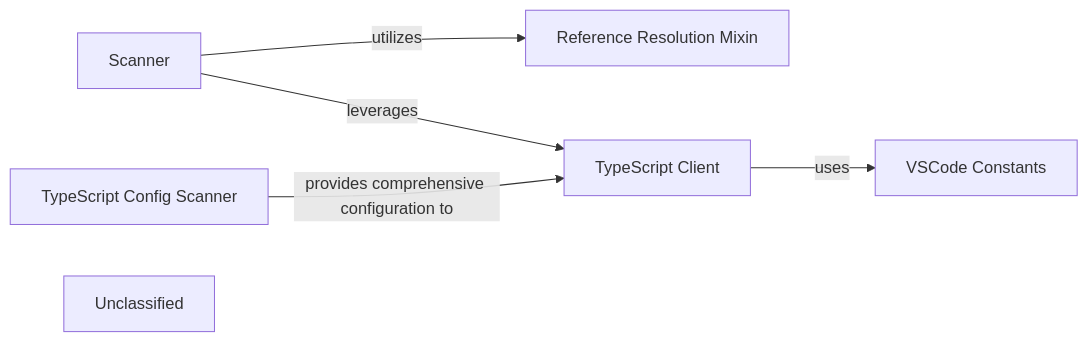
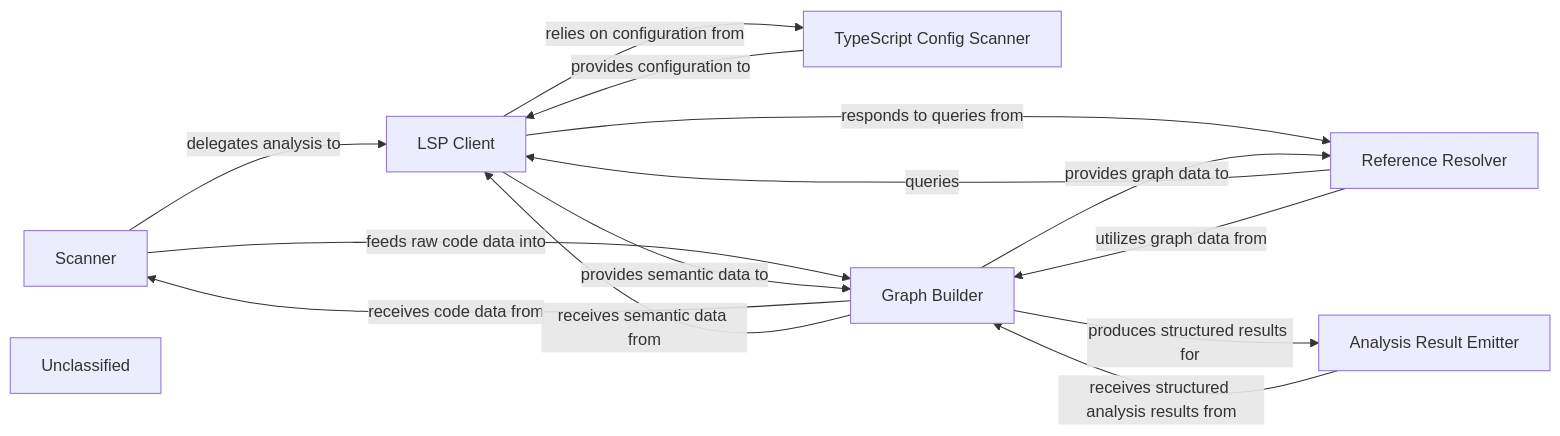
The diagram in .codeboarding/Static_Analysis_Engine.md (mariyam866/CodeBoarding), drawn with Mermaid before and after one commit. The commit also changed other lines of this file and 15 other files, not shown here.

First line of the commit message:
docs: update codeboarding documentation and generate architecture

````diff
--- a/.codeboarding/Static_Analysis_Engine.md
+++ b/.codeboarding/Static_Analysis_Engine.md
@@ -1,13 +1,23 @@
 ```mermaid
 graph LR
     Scanner["Scanner"]
-    TypeScript_Client["TypeScript Client"]
-    Reference_Resolution_Mixin["Reference Resolution Mixin"]
+    LSP_Client["LSP Client"]
     TypeScript_Config_Scanner["TypeScript Config Scanner"]
-    VSCode_Constants["VSCode Constants"]
+    Graph_Builder["Graph Builder"]
+    Reference_Resolver["Reference Resolver"]
+    Analysis_Result_Emitter["Analysis Result Emitter"]
     Unclassified["Unclassified"]
-    Scanner -- "utilizes" --> Reference_Resolution_Mixin
-    Scanner -- "leverages" --> TypeScript_Client
-    TypeScript_Config_Scanner -- "provides comprehensive configuration to" --> TypeScript_Client
-    TypeScript_Client -- "uses" --> VSCode_Constants
+    Scanner -- "delegates analysis to" --> LSP_Client
+    Scanner -- "feeds raw code data into" --> Graph_Builder
+    LSP_Client -- "relies on configuration from" --> TypeScript_Config_Scanner
+    LSP_Client -- "provides semantic data to" --> Graph_Builder
+    LSP_Client -- "responds to queries from" --> Reference_Resolver
+    TypeScript_Config_Scanner -- "provides configuration to" --> LSP_Client
+    Graph_Builder -- "receives code data from" --> Scanner
+    Graph_Builder -- "receives semantic data from" --> LSP_Client
+    Graph_Builder -- "provides graph data to" --> Reference_Resolver
+    Graph_Builder -- "produces structured results for" --> Analysis_Result_Emitter
+    Reference_Resolver -- "queries" --> LSP_Client
+    Reference_Resolver -- "utilizes graph data from" --> Graph_Builder
+    Analysis_Result_Emitter -- "receives structured analysis results from" --> Graph_Builder
 ```
````
